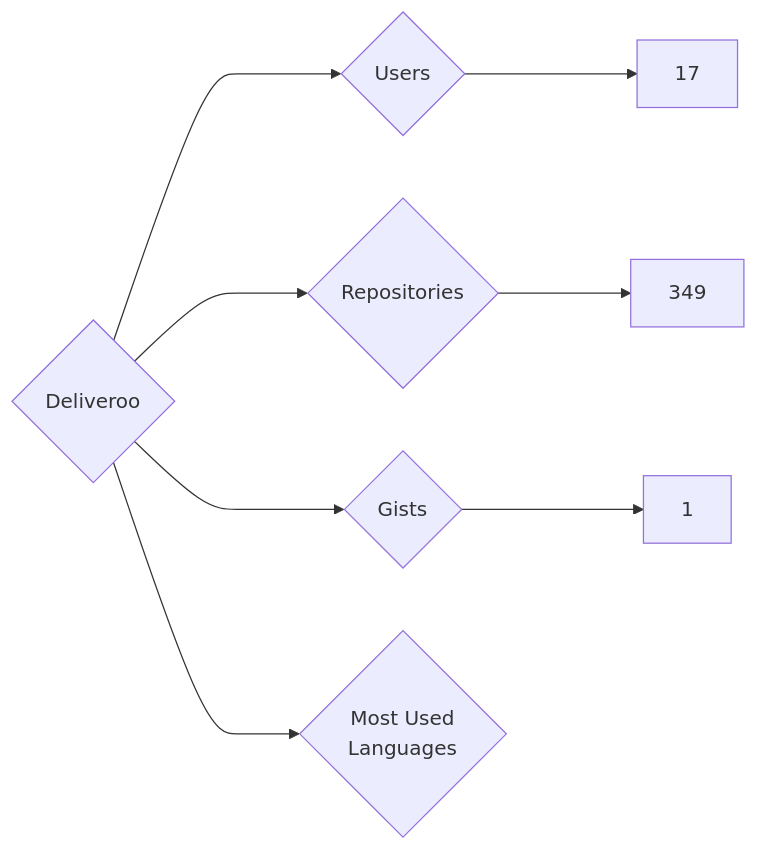
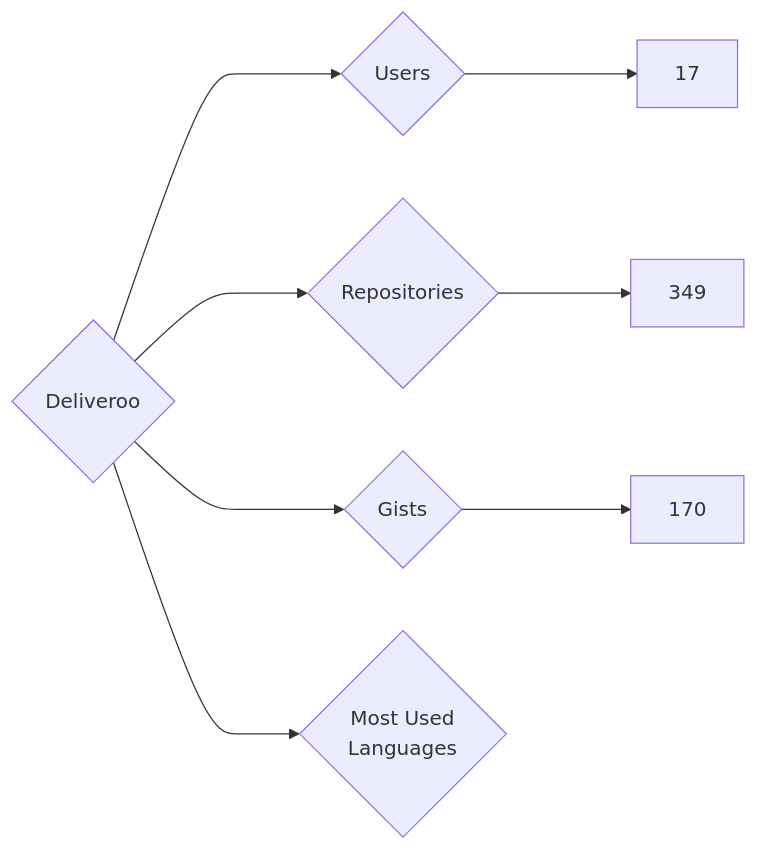
One commit to nenadzaric/insiders changed the diagram in targets/Deliveroo/README.md. Above: the diagram before and after it, drawn with Mermaid. The commit also changed 1342 other files, not shown here.

````diff
--- a/targets/Deliveroo/README.md
+++ b/targets/Deliveroo/README.md
@@ -3,8 +3,8 @@
 ```mermaid
 graph LR
 COMPANY_NAME{Deliveroo}
 COMPANY_NAME ---> U{Users} ---> UN[17]
 COMPANY_NAME ---> R{Repositories} ---> RN[349]
-COMPANY_NAME ---> G{Gists} ---> GN[1]
+COMPANY_NAME ---> G{Gists} ---> GN[170]
 COMPANY_NAME ---> ML{Most Used<br>Languages}
 ```
````
